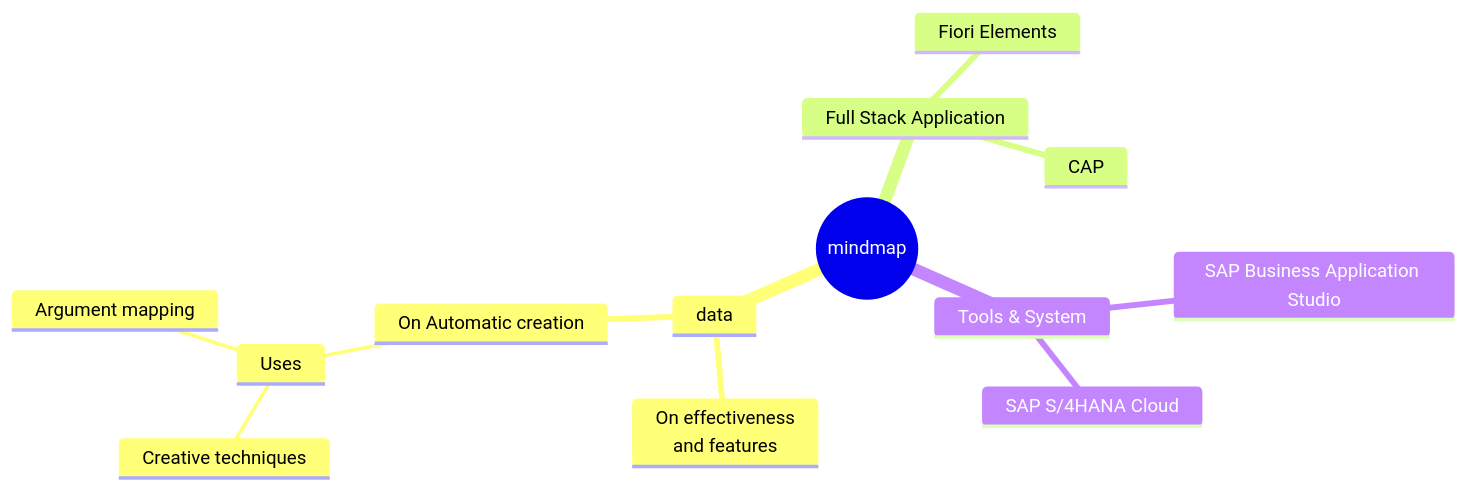
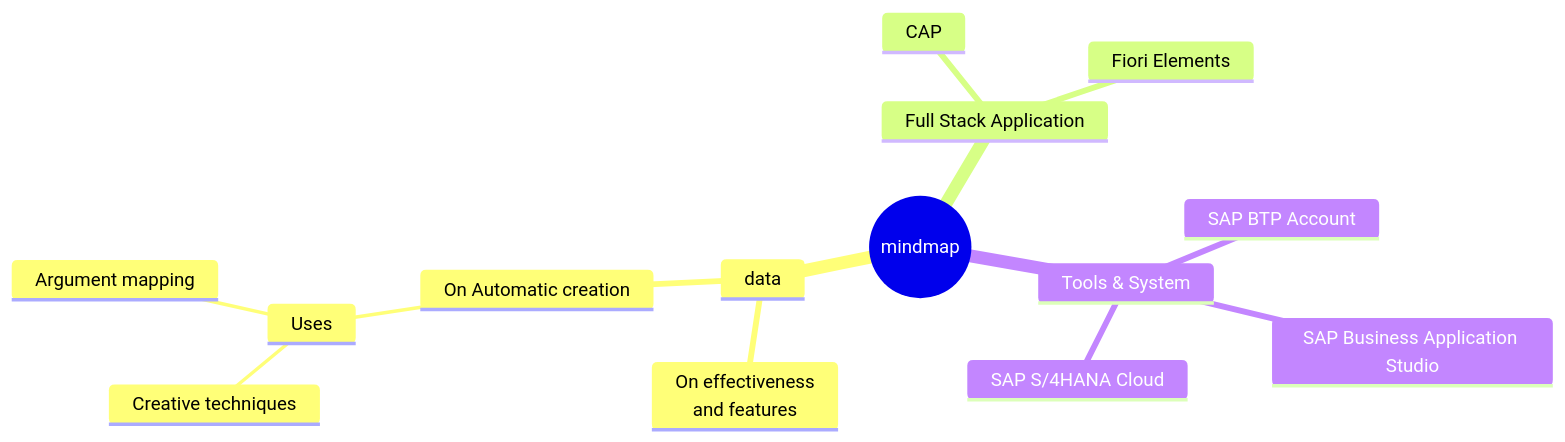
The first of 4 diagrams in README.md (ejazsyed/validation-issue), drawn with Mermaid before and after one commit.

````diff
--- a/README.md
+++ b/README.md
@@ -7,16 +7,17 @@
 ```mermaid
    mindmap
   root((mindmap))
     data
       On effectiveness<br/>and features
       On Automatic creation
         Uses
             Creative techniques
             Argument mapping
     Full Stack Application
       CAP
       Fiori Elements
     Tools & System
+      SAP BTP Account
       SAP Business Application Studio
       SAP S/4HANA Cloud
 ```
````
